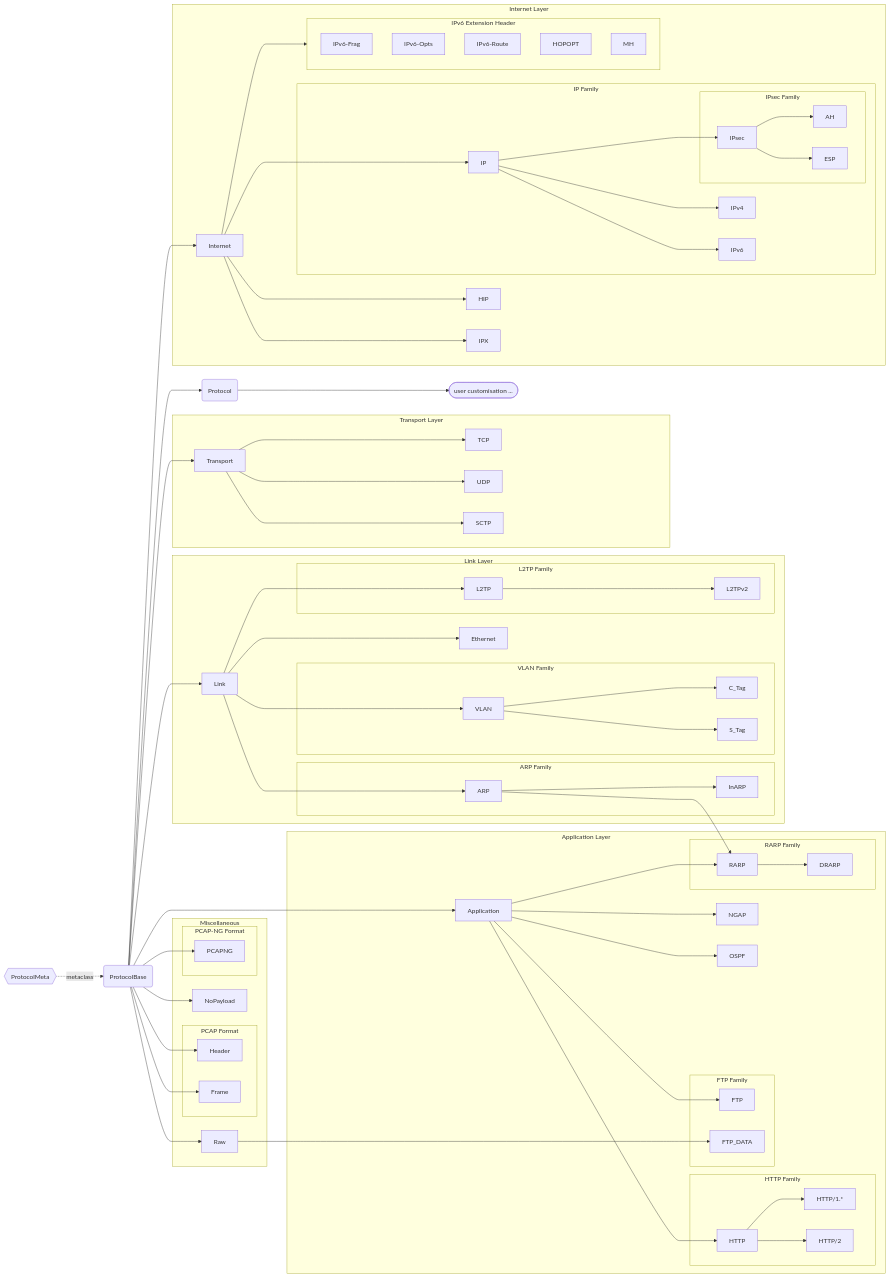
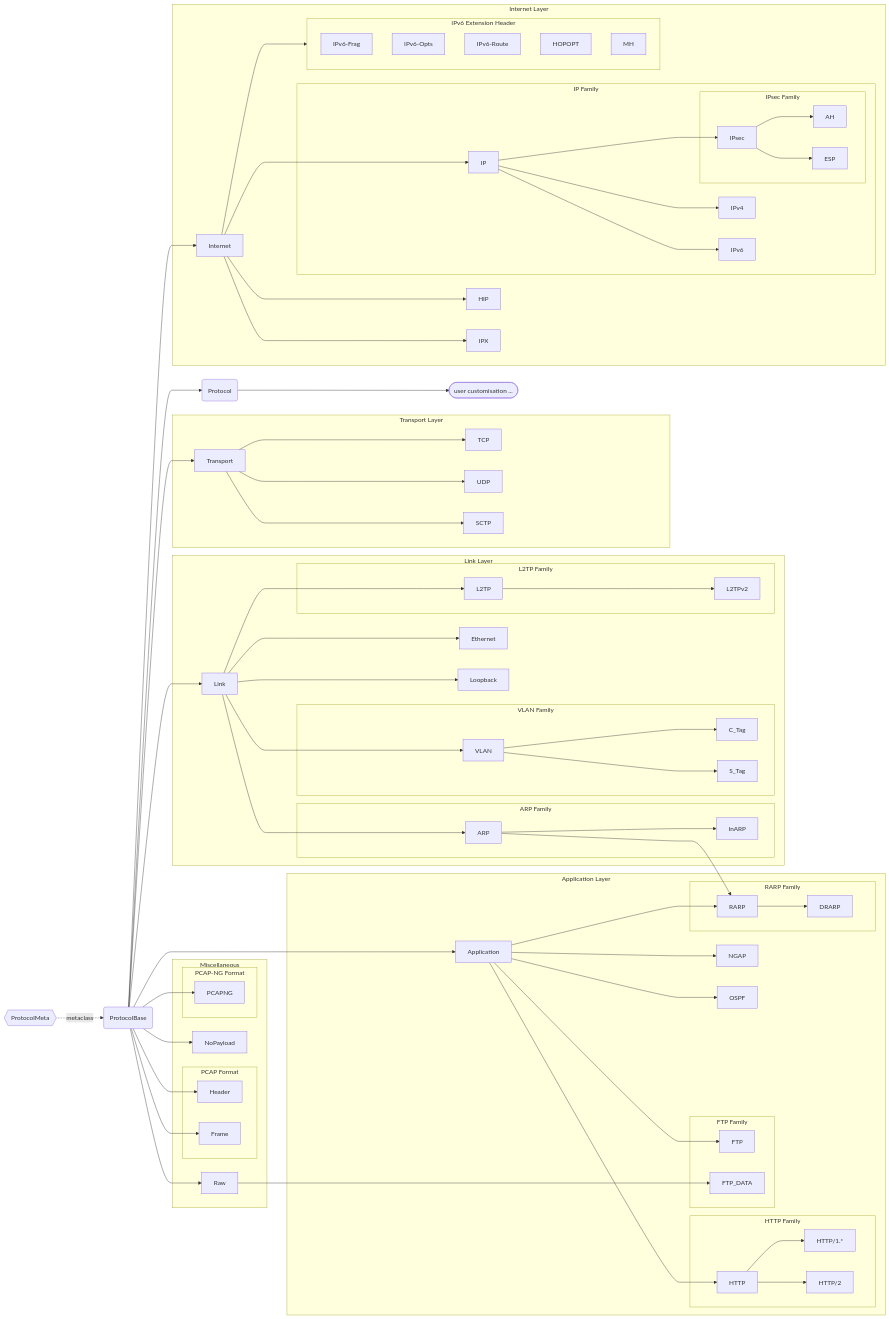
The diagram in docs/source/pcapkit/protocols/index.rst (JarryShaw/PyPCAPKit), drawn with Mermaid before and after one commit. The commit also changed 30 other files, not shown here.

Commit message:
fix(protocols): dissect LINKTYPE_RAW by version nibble; add the BSD loopback layer for LINKTYPE_NULL/LOOP (#1502, #1574) (#1594)

```diff
--- a/docs/source/pcapkit/protocols/index.rst
+++ b/docs/source/pcapkit/protocols/index.rst
@@ -27,7 +27,7 @@
        A{{ProtocolMeta}} -.->|metaclass| B(ProtocolBase)
 
        subgraph link [Link Layer]
-           Link --> Ethernet & L2TP & VLAN & ARP
+           Link --> Ethernet & L2TP & Loopback & VLAN & ARP
 
            subgraph arp [ARP Family]
                ARP --> InARP
@@ -108,6 +108,7 @@
        click Ethernet "/pcapkit/protocols/link/ethernet.html#pcapkit.protocols.link.ethernet.Ethernet"
        click L2TP "/pcapkit/protocols/link/l2tp.html#pcapkit.protocols.link.l2tp.L2TP"
        click L2TPv2 "/pcapkit/protocols/link/l2tpv2.html#pcapkit.protocols.link.l2tpv2.L2TPv2"
+       click Loopback "/pcapkit/protocols/link/loopback.html#pcapkit.protocols.link.loopback.Loopback"
        click VLAN "/pcapkit/protocols/link/vlan.html#pcapkit.protocols.link.vlan.VLAN"
        click C_Tag "/pcapkit/protocols/link/c_tag.html#pcapkit.protocols.link.c_tag.C_Tag"
        click S_Tag "/pcapkit/protocols/link/s_tag.html#pcapkit.protocols.link.s_tag.S_Tag"
```
